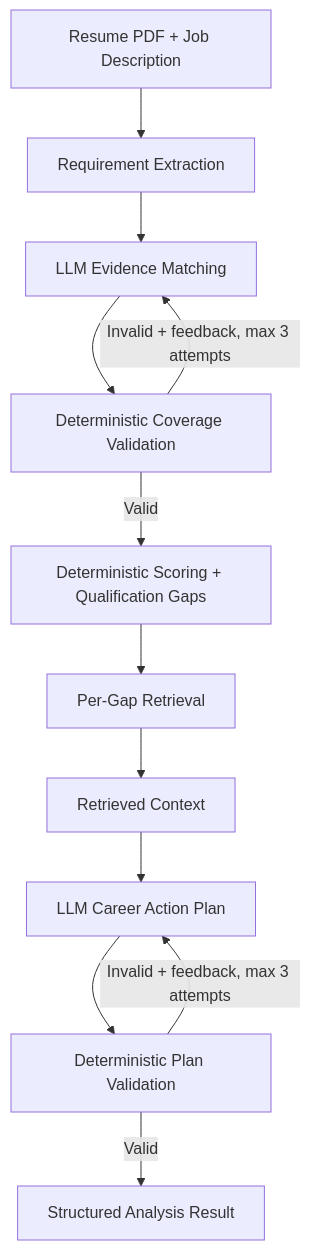
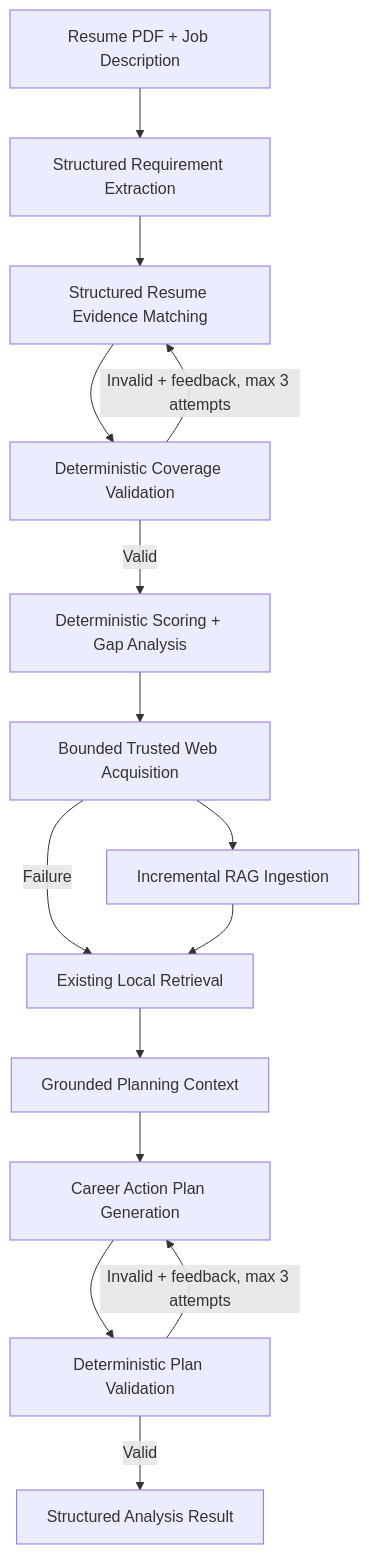
The diagram in README.md (JerryYWChen/careerpilot), drawn with Mermaid before and after one commit. The commit also changed other lines of this file and 14 other files, not shown here.

Commit message:
Add trusted web acquisition to RAG pipeline

````diff
--- a/README.md
+++ b/README.md
@@ -16,14 +19,17 @@
 ```mermaid
 flowchart TD
-    A[Resume PDF + Job Description] --> B[Requirement Extraction]
-    B --> C[LLM Evidence Matching]
+    A[Resume PDF + Job Description] --> B[Structured Requirement Extraction]
+    B --> C[Structured Resume Evidence Matching]
     C --> D[Deterministic Coverage Validation]
     D -- Invalid + feedback, max 3 attempts --> C
-    D -- Valid --> E[Deterministic Scoring + Qualification Gaps]
-    E --> F[Per-Gap Retrieval]
-    F --> G[Retrieved Context]
-    G --> H[LLM Career Action Plan]
-    H --> I[Deterministic Plan Validation]
-    I -- Invalid + feedback, max 3 attempts --> H
-    I -- Valid --> J[Structured Analysis Result]
+    D -- Valid --> E[Deterministic Scoring + Gap Analysis]
+    E --> F[Bounded Trusted Web Acquisition]
+    F --> G[Incremental RAG Ingestion]
+    F -- Failure --> H[Existing Local Retrieval]
+    G --> H[Existing Local Retrieval]
+    H --> I[Grounded Planning Context]
+    I --> J[Career Action Plan Generation]
+    J --> K[Deterministic Plan Validation]
+    K -- Invalid + feedback, max 3 attempts --> J
+    K -- Valid --> L[Structured Analysis Result]
 ```
````
